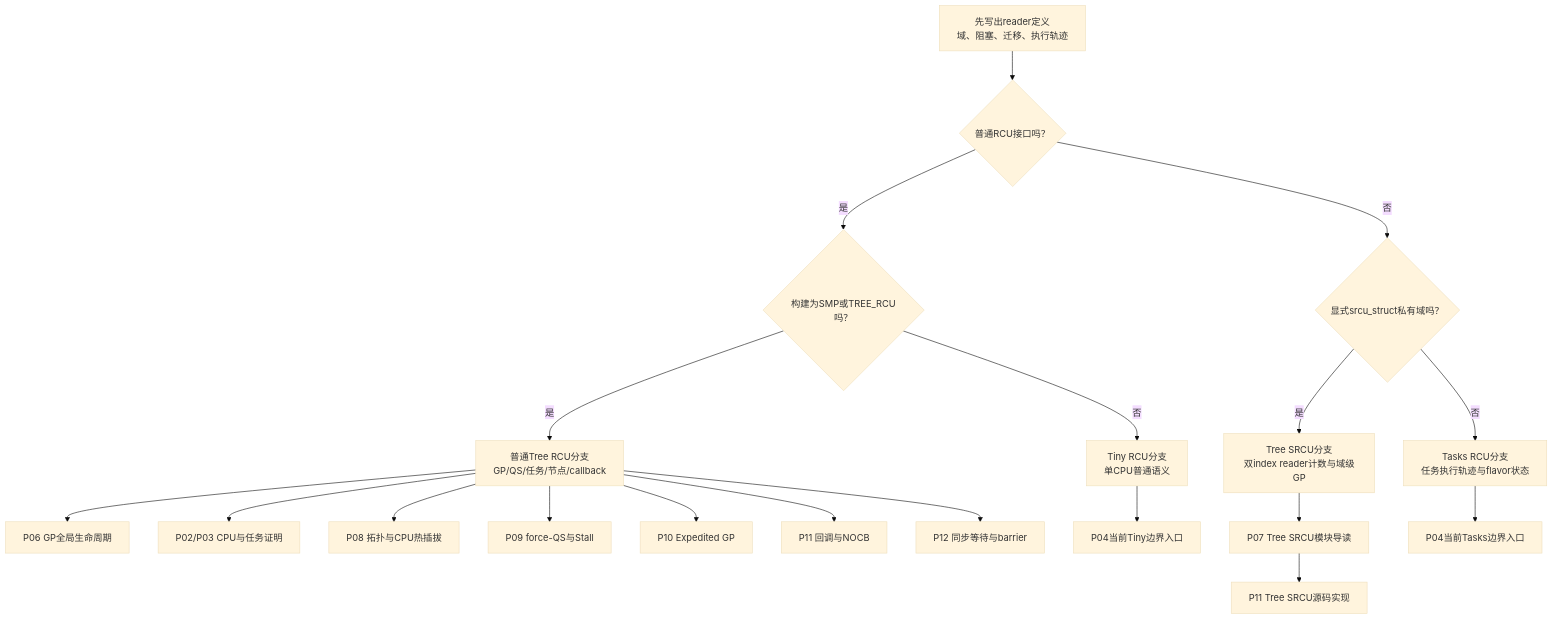
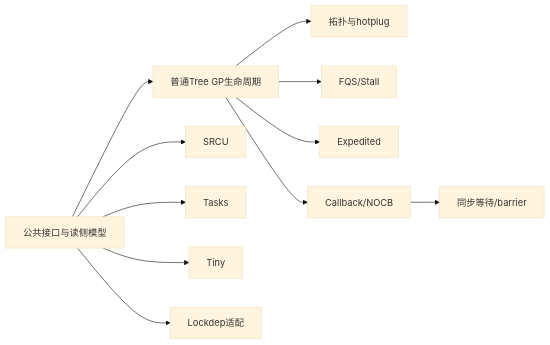
Before and after one commit to FormingSystem/linux_note: the diagram in research/source_reading/rcu/navigation/P01_Linux_6.12_RCU源码总阅读索引.md, drawn with Mermaid (base theme). The commit also changed other lines of this file and 26 other files, not shown here.

````diff
--- a/research/source_reading/rcu/navigation/P01_Linux_6.12_RCU源码总阅读索引.md
+++ b/research/source_reading/rcu/navigation/P01_Linux_6.12_RCU源码总阅读索引.md
@@ -44,23 +39,13 @@
 ```mermaid
-flowchart TD
-    A["先写出reader定义<br/>域、阻塞、迁移、执行轨迹"]
-    A --> B{"普通RCU接口吗？"}
-    B -- 是 --> C{"构建为SMP或TREE_RCU吗？"}
-    C -- 是 --> T["普通Tree RCU分支<br/>GP/QS/任务/节点/callback"]
-    C -- 否 --> I["Tiny RCU分支<br/>单CPU普通语义"]
-    B -- 否 --> S{"显式srcu_struct私有域吗？"}
-    S -- 是 --> U["Tree SRCU分支<br/>双index reader计数与域级GP"]
-    S -- 否 --> K["Tasks RCU分支<br/>任务执行轨迹与flavor状态"]
-
-    T --> T1["P06 GP全局生命周期"]
-    T --> T2["P02/P03 CPU与任务证明"]
-    T --> T3["P08 拓扑与CPU热插拔"]
-    T --> T4["P09 force-QS与Stall"]
-    T --> T5["P10 Expedited GP"]
-    T --> T6["P11 回调与NOCB"]
-    T --> T7["P12 同步等待与barrier"]
-    U --> U1["P07 Tree SRCU模块导读"]
-    U1 --> U2["P11 Tree SRCU源码实现"]
-    I --> I1["P04当前Tiny边界入口"]
-    K --> K1["P04当前Tasks边界入口"]
+flowchart LR
+    A["公共接口与读侧模型"] --> B["普通Tree GP生命周期"]
+    B --> C["拓扑与hotplug"]
+    B --> D["FQS/Stall"]
+    B --> E["Expedited"]
+    B --> F["Callback/NOCB"]
+    F --> G["同步等待/barrier"]
+    A --> H["SRCU"]
+    A --> I["Tasks"]
+    A --> J["Tiny"]
+    A --> K["Lockdep适配"]
 ```
````
